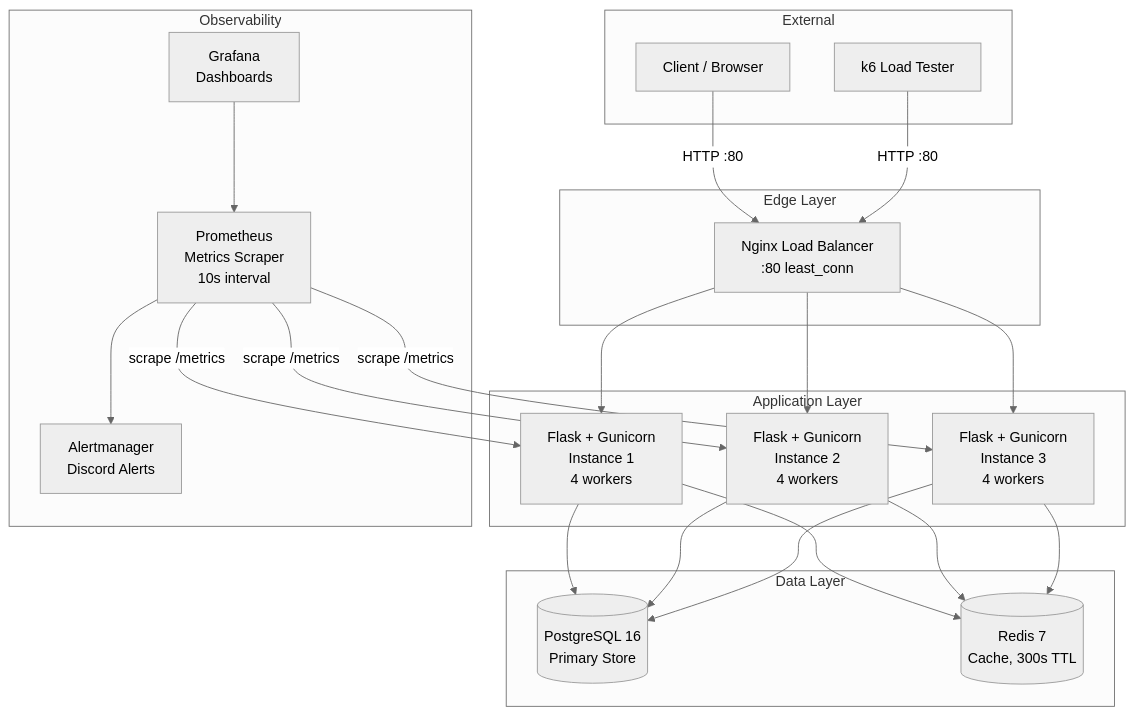
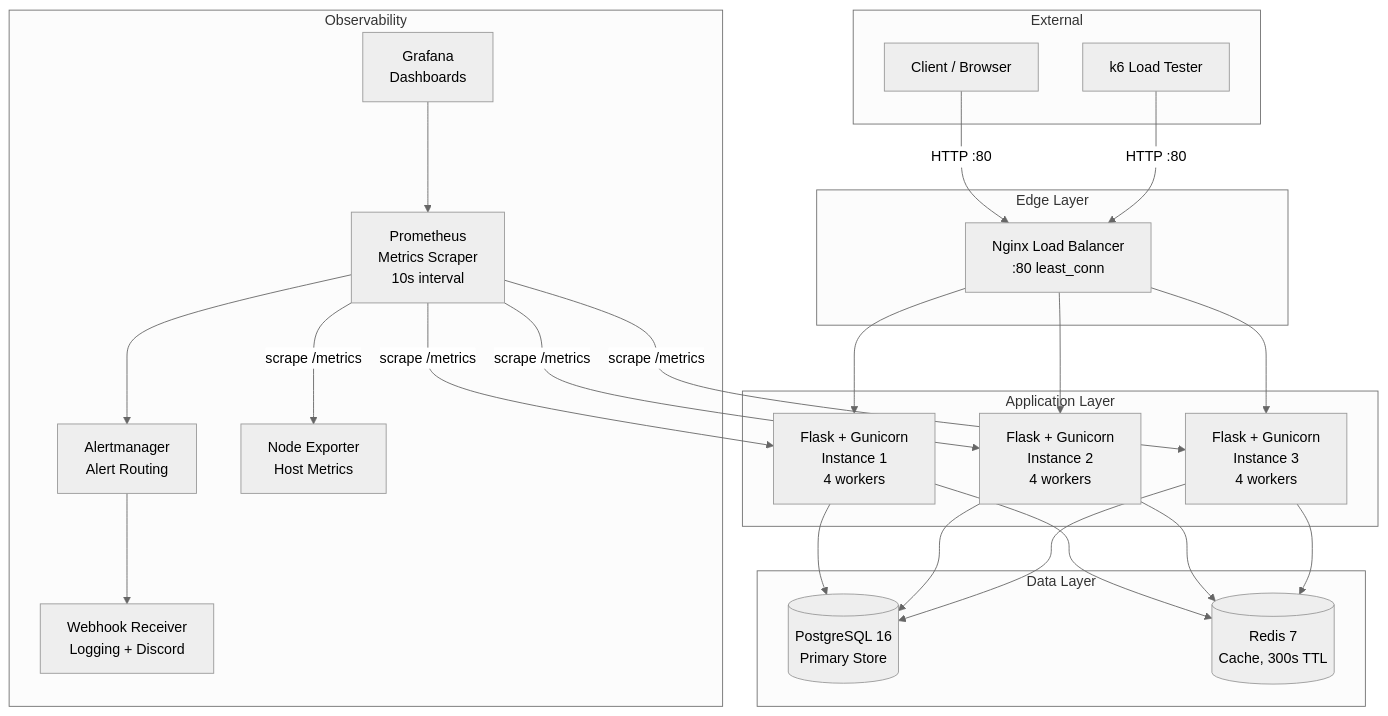
Before and after one commit to ElijahUmana/pe-hackathon: the first of 2 diagrams in docs/architecture.md, drawn with Mermaid (neutral theme). The commit also changed other lines of this file and 11 other files, not shown here.

````diff
--- a/docs/architecture.md
+++ b/docs/architecture.md
@@ -5,47 +5,51 @@
 ```mermaid
 graph TB
     subgraph "External"
         Client[Client / Browser]
         K6[k6 Load Tester]
     end
 
     subgraph "Edge Layer"
         Nginx[Nginx Load Balancer<br/>:80 least_conn]
     end
 
     subgraph "Application Layer"
         App1[Flask + Gunicorn<br/>Instance 1<br/>4 workers]
         App2[Flask + Gunicorn<br/>Instance 2<br/>4 workers]
         App3[Flask + Gunicorn<br/>Instance 3<br/>4 workers]
     end
 
     subgraph "Data Layer"
         PG[(PostgreSQL 16<br/>Primary Store)]
         Redis[(Redis 7<br/>Cache, 300s TTL)]
     end
 
     subgraph "Observability"
         Prom[Prometheus<br/>Metrics Scraper<br/>10s interval]
         Grafana[Grafana<br/>Dashboards]
-        AM[Alertmanager<br/>Discord Alerts]
+        AM[Alertmanager<br/>Alert Routing]
+        NE[Node Exporter<br/>Host Metrics]
+        WH[Webhook Receiver<br/>Logging + Discord]
     end
 
     Client -->|HTTP :80| Nginx
     K6 -->|HTTP :80| Nginx
     Nginx --> App1
     Nginx --> App2
     Nginx --> App3
 
     App1 --> PG
     App2 --> PG
     App3 --> PG
     App1 --> Redis
     App2 --> Redis
     App3 --> Redis
 
     Prom -->|scrape /metrics| App1
     Prom -->|scrape /metrics| App2
     Prom -->|scrape /metrics| App3
+    Prom -->|scrape /metrics| NE
     Prom --> AM
+    AM --> WH
     Grafana --> Prom
 ```
````
